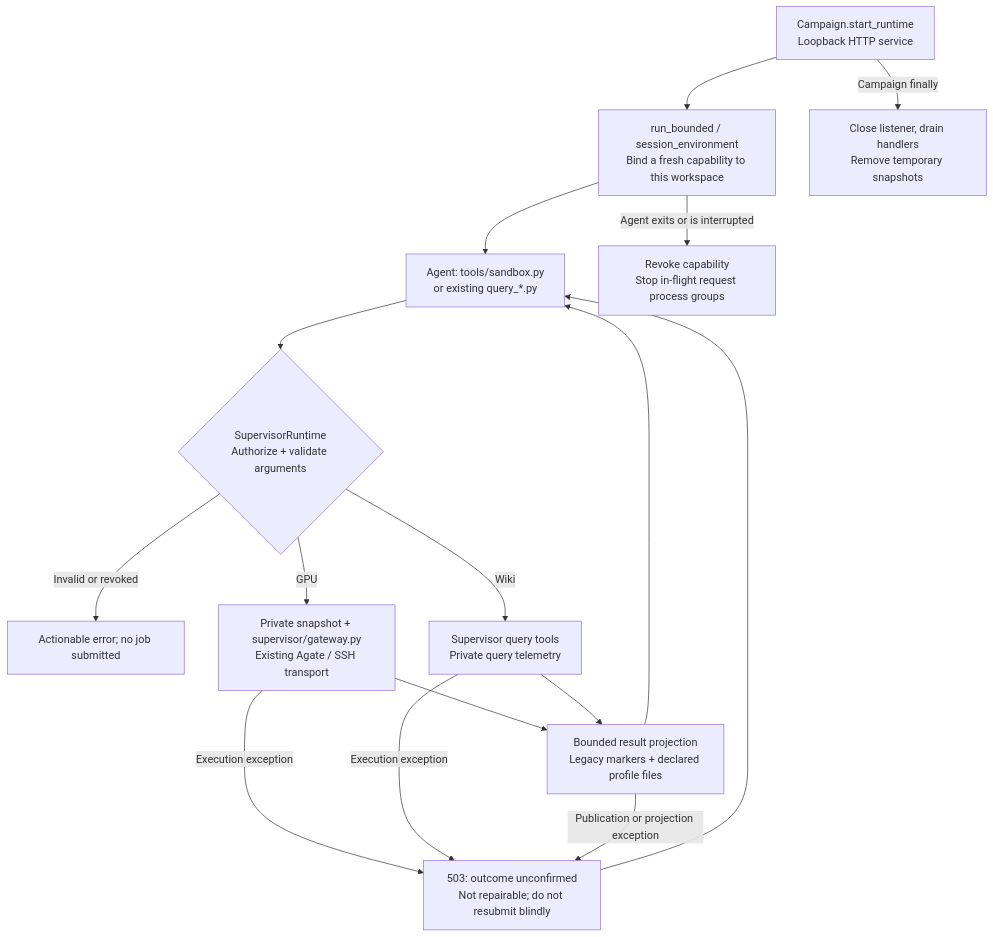
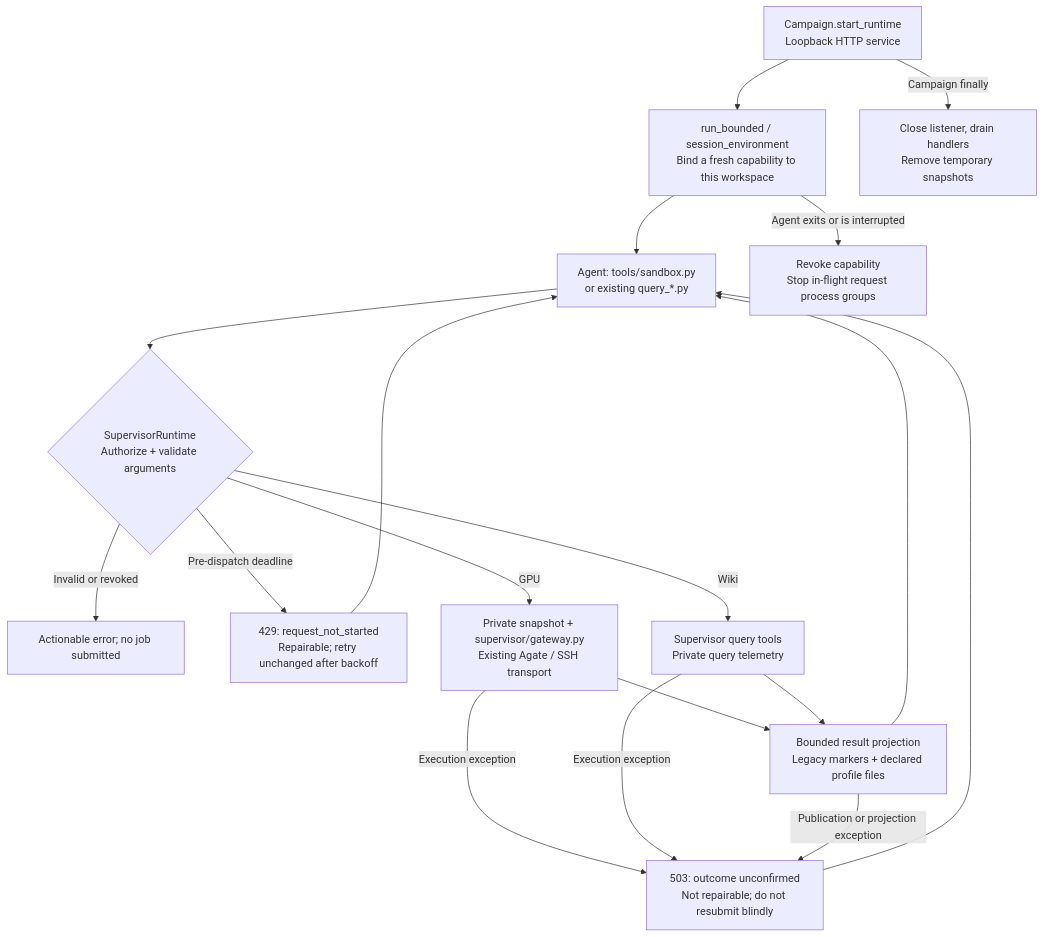
One commit to alibaba/atrex-kernel-agent changed the diagram in docs/supervisor-runtime.md. Above: the diagram before and after it, drawn with Mermaid. The commit also changed other lines of this file and 7 other files, not shown here.

Commit message:
fix: preserve Gateway wait budgets and classify pre-dispatch timeouts

````diff
--- a/docs/supervisor-runtime.md
+++ b/docs/supervisor-runtime.md
@@ -9,18 +9,20 @@
 ```mermaid
 flowchart TD
     C["Campaign.start_runtime<br/>Loopback HTTP service"] --> S["run_bounded / session_environment<br/>Bind a fresh capability to this workspace"]
     S --> A["Agent: tools/sandbox.py<br/>or existing query_*.py"]
     A --> V{"SupervisorRuntime<br/>Authorize + validate arguments"}
     V -->|Invalid or revoked| E["Actionable error; no job submitted"]
+    V -->|Pre-dispatch deadline| Q["429: request_not_started<br/>Repairable; retry unchanged after backoff"]
+    Q --> A
     V -->|GPU| G["Private snapshot + supervisor/gateway.py<br/>Existing Agate / SSH transport"]
     V -->|Wiki| W["Supervisor query tools<br/>Private query telemetry"]
     G --> P["Bounded result projection<br/>Legacy markers + declared profile files"]
     W --> P
     P --> A
     G -->|Execution exception| U["503: outcome unconfirmed<br/>Not repairable; do not resubmit blindly"]
     W -->|Execution exception| U
     P -->|Publication or projection exception| U
     U --> A
     S -->|Agent exits or is interrupted| R["Revoke capability<br/>Stop in-flight request process groups"]
     C -->|Campaign finally| X["Close listener, drain handlers<br/>Remove temporary snapshots"]
 ```
````
